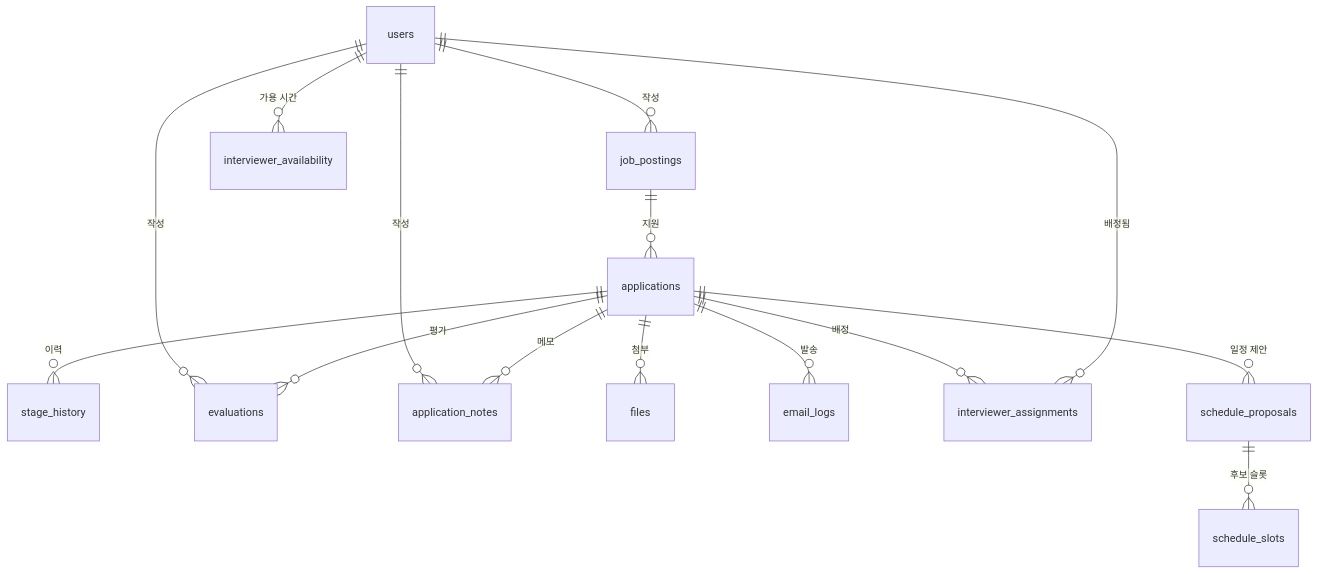
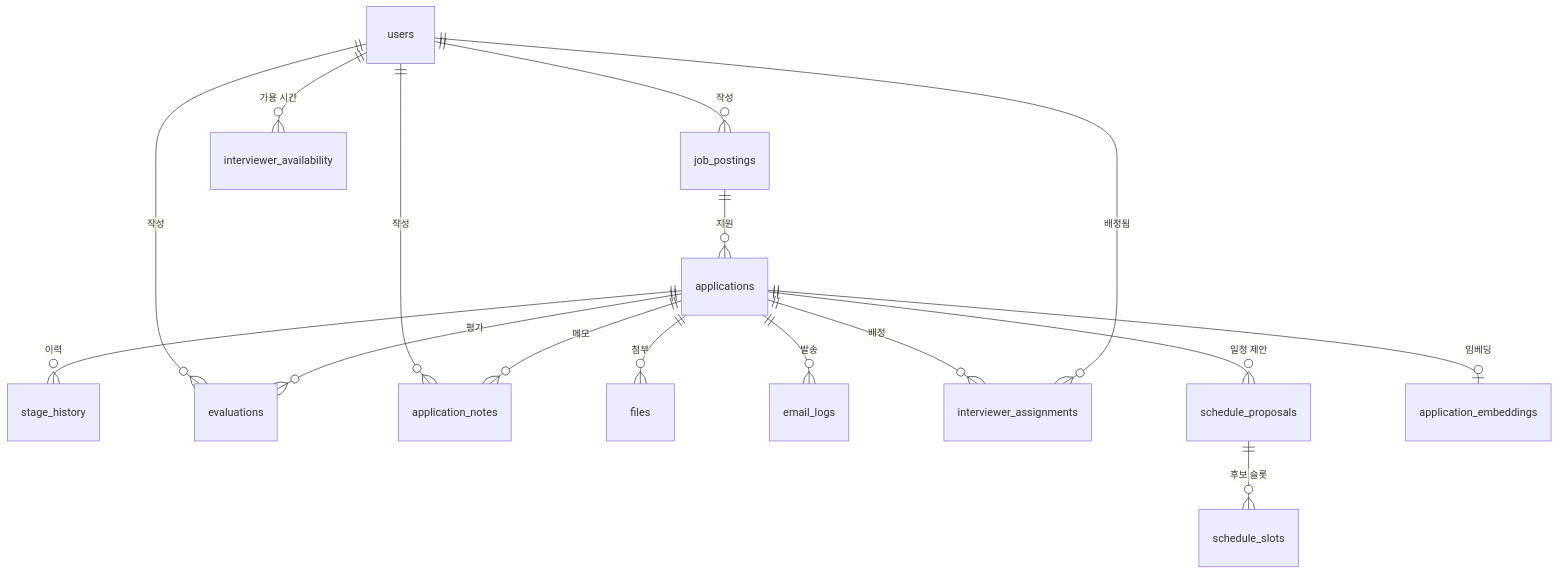
The diagram in docs/00_overview/01-erd.md (Seuk-Team/Arda), drawn with Mermaid before and after one commit. The commit also changed other lines of this file and 1 other file, not shown here.

First line of the commit message:
feat(backend): application_embeddings HNSW 인덱스 선언 + ERD v1.4

````diff
--- a/docs/00_overview/01-erd.md
+++ b/docs/00_overview/01-erd.md
@@ -16,17 +17,18 @@
 ```mermaid
 erDiagram
     users ||--o{ job_postings : "작성"
     job_postings ||--o{ applications : "지원"
     applications ||--o{ stage_history : "이력"
     applications ||--o{ evaluations : "평가"
     applications ||--o{ application_notes : "메모"
     applications ||--o{ files : "첨부"
     applications ||--o{ email_logs : "발송"
     users ||--o{ evaluations : "작성"
     users ||--o{ application_notes : "작성"
     users ||--o{ interviewer_assignments : "배정됨"
     applications ||--o{ interviewer_assignments : "배정"
     users ||--o{ interviewer_availability : "가용 시간"
     applications ||--o{ schedule_proposals : "일정 제안"
     schedule_proposals ||--o{ schedule_slots : "후보 슬롯"
+    applications ||--o| application_embeddings : "임베딩"
 ```
````
